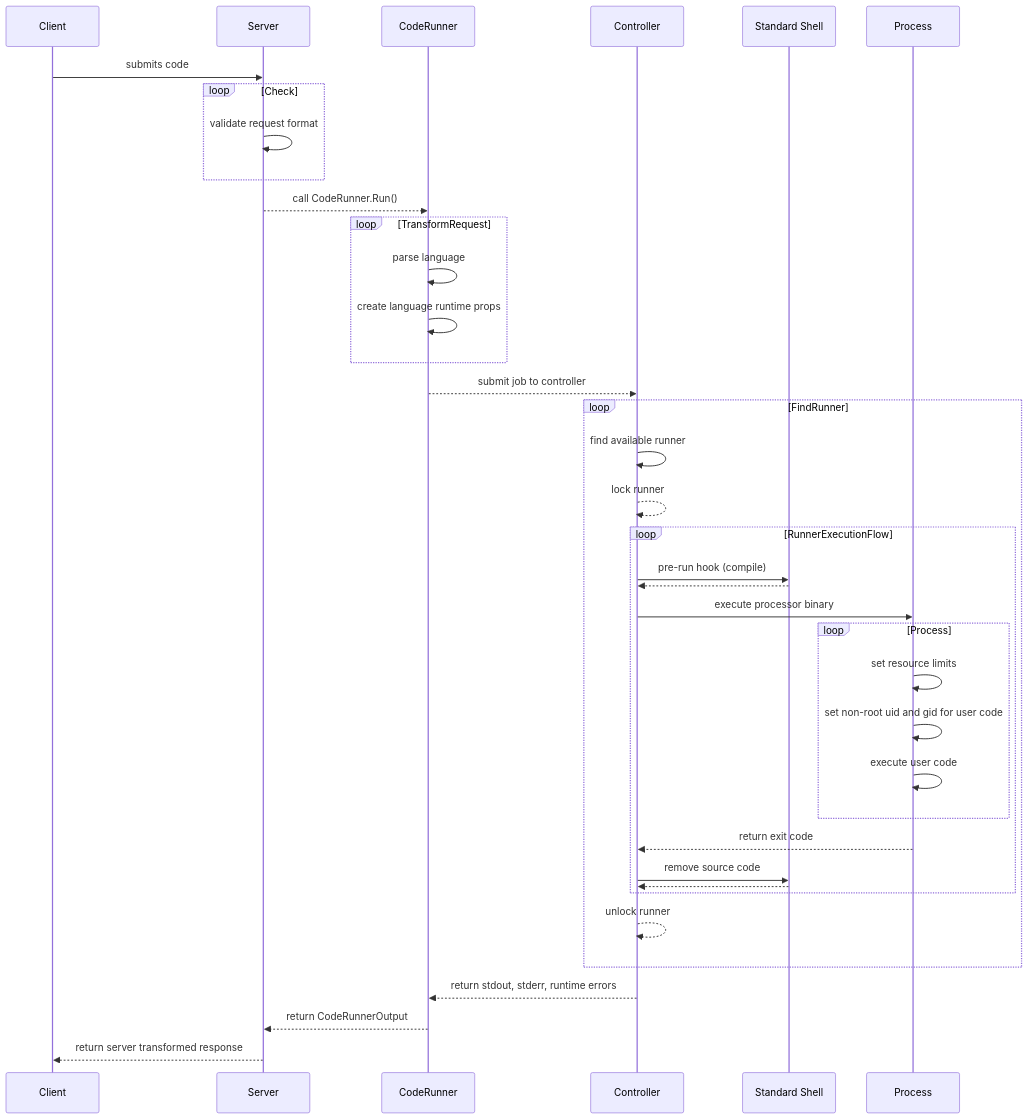
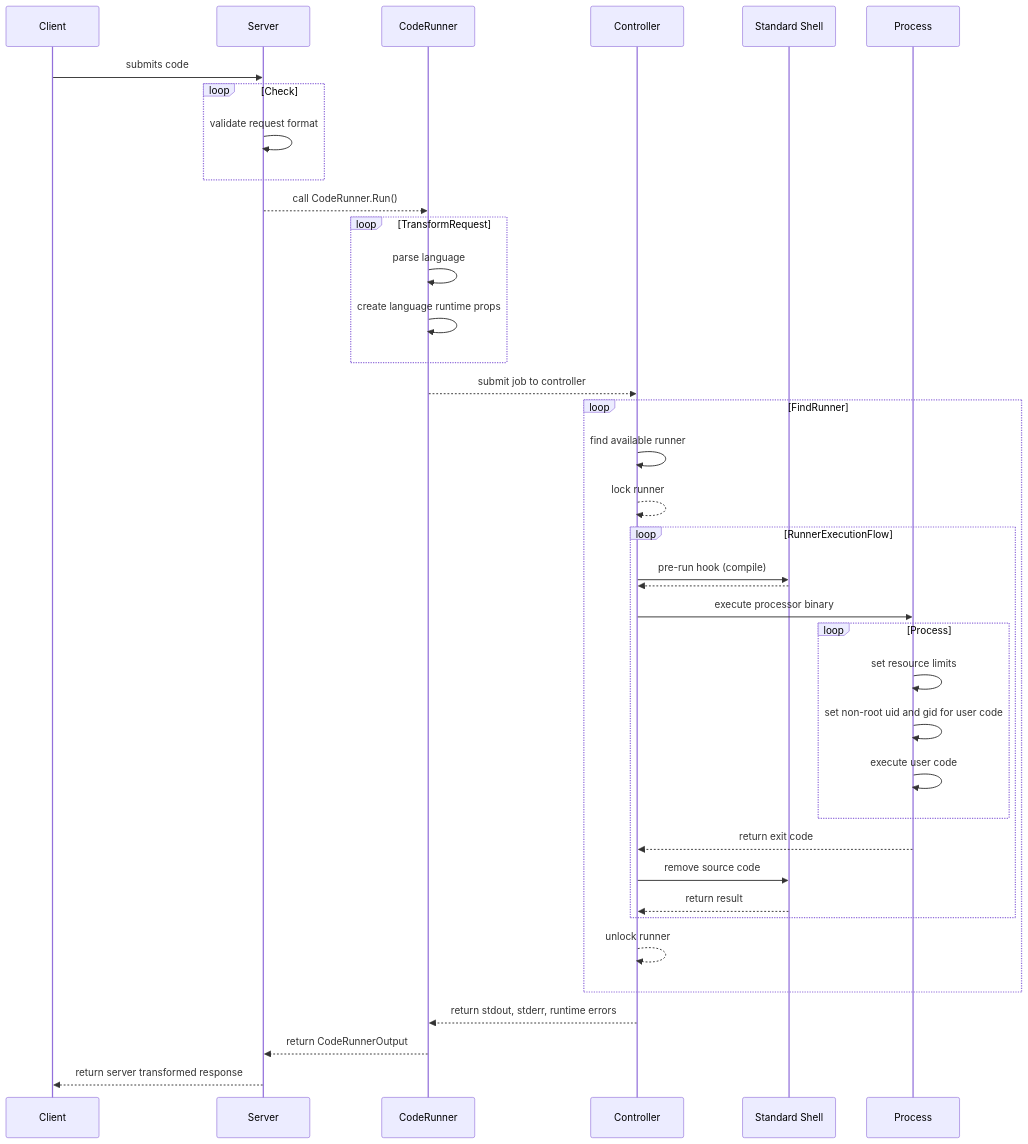
Before and after one commit to camerondurham/codecanvas: the diagram in readme.md, drawn with Mermaid.

````diff
--- a/readme.md
+++ b/readme.md
@@ -23,48 +23,49 @@
 ```mermaid
 sequenceDiagram
 Client->>Server: submits code
 
 loop Check
       Server->>Server: validate request format
 end
 
 Server-->>CodeRunner: call CodeRunner.Run()
 
 loop TransformRequest
       CodeRunner->>CodeRunner: parse language
       CodeRunner->>CodeRunner: create language runtime props
 end
 
 CodeRunner-->>Controller: submit job to controller
 
 loop FindRunner
     Controller->>Controller: find available runner
     Controller-->>Controller: lock runner
 
 
     loop RunnerExecutionFlow
         Controller->>Standard Shell: pre-run hook (compile)
-        Standard Shell-->>Controller:
+        Standard Shell-->>Controller: 
         Controller->>Process: execute processor binary
 
         loop Process
             Process->>Process: set resource limits
             Process->>Process: set non-root uid and gid for user code
             Process->>Process: execute user code
         end
 
         Process-->>Controller: return exit code
         Controller->>Standard Shell: remove source code
-        Standard Shell-->>Controller:
+        Standard Shell-->>Controller: return result
     end
     Controller-->>Controller: unlock runner
 end
 
 
 
 
 Controller-->>CodeRunner: return stdout, stderr, runtime errors
 
 CodeRunner-->>Server: return CodeRunnerOutput
 Server-->>Client: return server transformed response
+
 ```
````
